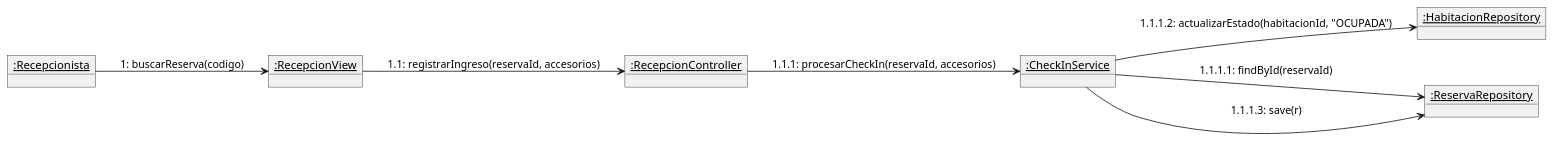
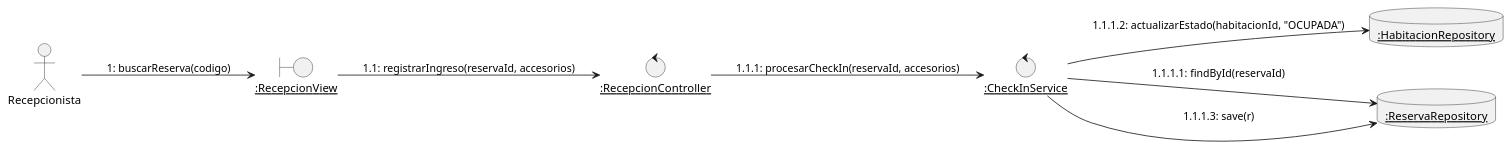
One commit to Tsmrain/GestionSistemas changed diagram 19 of 36 in RefactorV4.md. Above: the diagram before and after it, drawn with PlantUML. The commit also changed other lines of this file, not shown here.

Commit message:
refactor: standardize plantuml diagrams using boundary, control, entity, and database stereotypes

````diff
--- a/RefactorV4.md
+++ b/RefactorV4.md
@@ -1006,18 +1006,18 @@
 ```plantuml
 @startuml
 left to right direction
-object "<u>:Recepcionista</u>" as Recepcionista
-object "<u>:RecepcionView</u>" as View
-object "<u>:RecepcionController</u>" as Ctrl
-object "<u>:CheckInService</u>" as Serv
-object "<u>:HabitacionRepository</u>" as Repo
-object "<u>:ReservaRepository</u>" as ResRepo
+actor Recepcionista
+boundary "<u>:RecepcionView</u>" as View
+control "<u>:RecepcionController</u>" as Ctrl
+control "<u>:CheckInService</u>" as Serv
+database "<u>:HabitacionRepository</u>" as Repo
+database "<u>:ReservaRepository</u>" as ResRepo
 
 Recepcionista --> View : 1: buscarReserva(codigo)
 View --> Ctrl : 1.1: registrarIngreso(reservaId, accesorios)
 Ctrl --> Serv : 1.1.1: procesarCheckIn(reservaId, accesorios)
 Serv --> ResRepo : 1.1.1.1: findById(reservaId)
 Serv --> Repo : 1.1.1.2: actualizarEstado(habitacionId, "OCUPADA")
 Serv --> ResRepo : 1.1.1.3: save(r)
 @enduml
 ```
````
